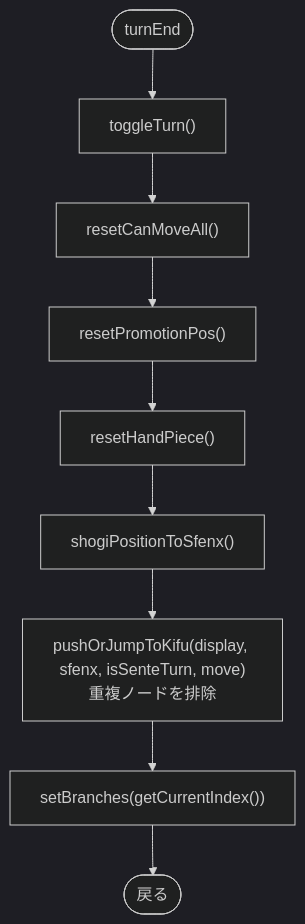
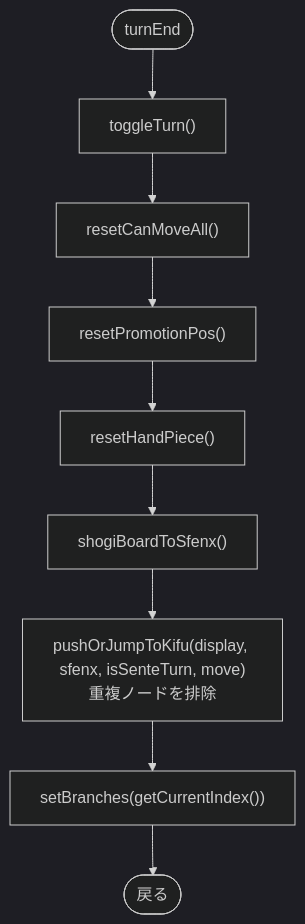
Before and after one commit to hashiryo/SvelteShogi: the sixth of 7 diagrams in .qoder/repowiki/ja/content/Play Shogi Handler.md, drawn with Mermaid (dark theme). The commit also changed other lines of this file and 17 other files, not shown here.

````diff
--- a/.qoder/repowiki/ja/content/Play Shogi Handler.md
+++ b/.qoder/repowiki/ja/content/Play Shogi Handler.md
@@ -283,11 +304,11 @@
 ```mermaid
 flowchart TD
 Start([turnEnd]) --> ToggleTurn["toggleTurn()"]
 ToggleTurn --> ResetMoves["resetCanMoveAll()"]
 ResetMoves --> ResetPromotion["resetPromotionPos()"]
 ResetPromotion --> ResetHand["resetHandPiece()"]
-ResetHand --> GenerateSFENX["shogiPositionToSfenx()"]
+ResetHand --> GenerateSFENX["shogiBoardToSfenx()"]
 GenerateSFENX --> AddHistory["pushOrJumpToKifu(display, sfenx, isSenteTurn, move)<br>重複ノードを排除"]
 AddHistory --> UpdateBranches["setBranches(getCurrentIndex())"]
 UpdateBranches --> End([戻る])
 ```
````
